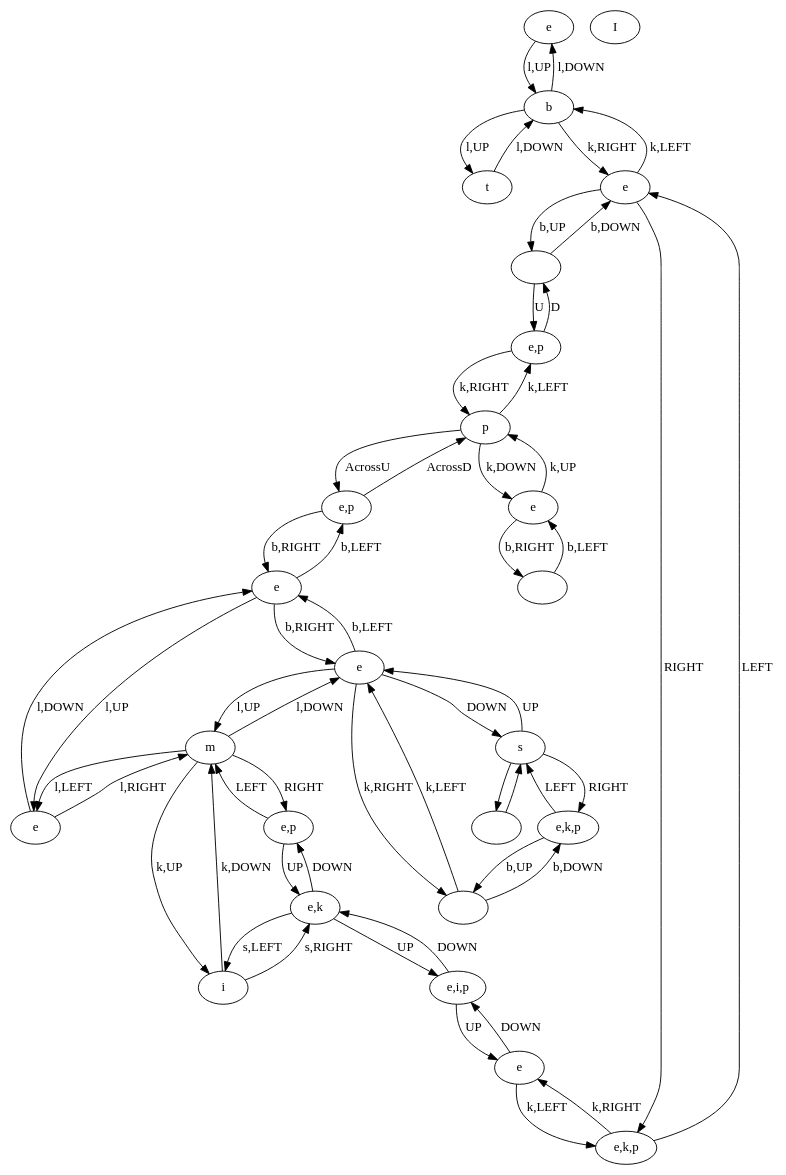
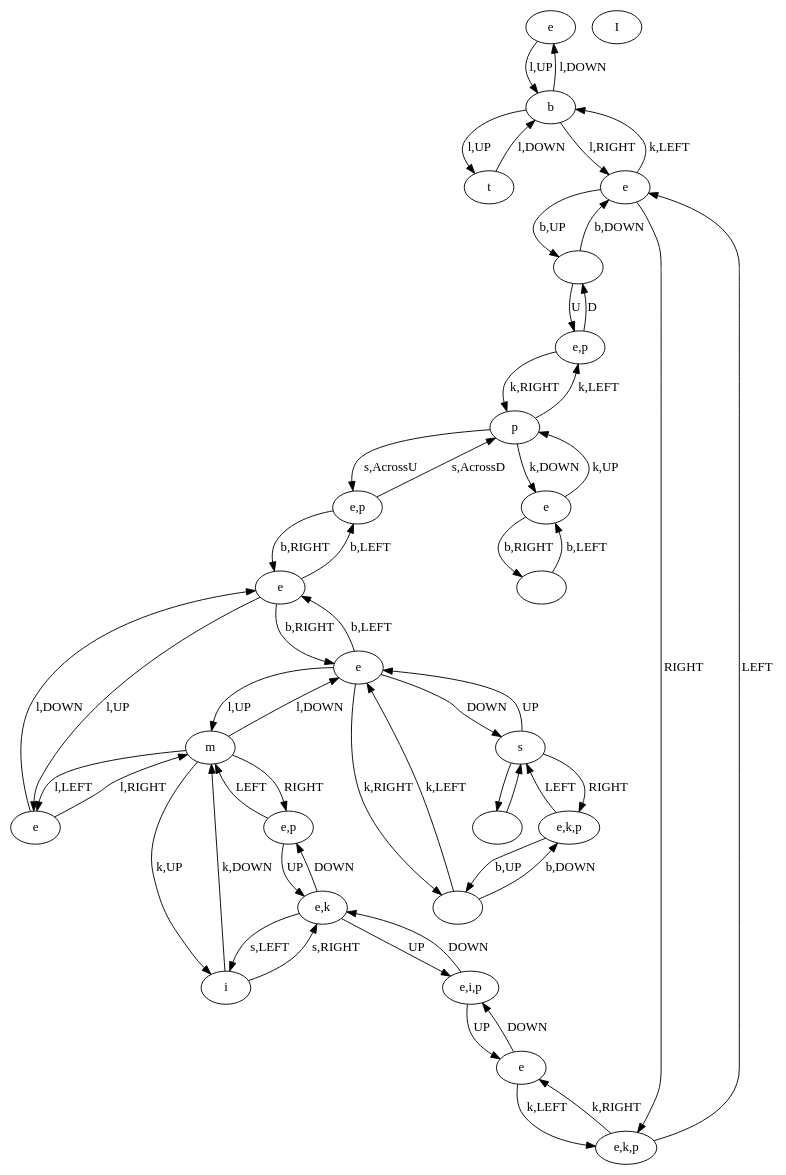
The diagram in data/VGLC/Zelda/Graph Processed/tloz5_1_flip.dot (schrum2/MM-NEAT), drawn with Graphviz before and after one commit. The commit also changed 66 other files, not shown here.

```diff
--- a/data/VGLC/Zelda/Graph Processed/tloz5_1_flip.dot
+++ b/data/VGLC/Zelda/Graph Processed/tloz5_1_flip.dot
@@ -1,81 +1,81 @@
 digraph {
 0 [label="e"]
 1 [label="e,p"]
 2 [label="e,p"]
 3 [label="p"]
 4 [label="t"]
 5 [label=""]
 6 [label="I"]
 7 [label="e,i,p"]
 8 [label=""]
 9 [label="e,k,p"]
 10 [label="s"]
 11 [label=""]
 12 [label="e"]
 13 [label="e"]
 14 [label="e,p"]
 15 [label="m"]
 16 [label="e"]
 17 [label="e,k"]
 18 [label="i"]
 19 [label="e"]
 20 [label="e,k,p"]
 21 [label="e"]
 22 [label="b"]
 23 [label=""]
 24 [label="e"]
 8 -> 10 [label=""]
 10 -> 8 [label=""]
 10 -> 9 [label="RIGHT"]
 9 -> 10 [label="LEFT"]
 10 -> 12 [label="UP"]
 12 -> 10 [label="DOWN"]
 15 -> 1 [label="RIGHT"]
 1 -> 15 [label="LEFT"]
 1 -> 17 [label="UP"]
 17 -> 1 [label="DOWN"]
 17 -> 7 [label="UP"]
 7 -> 17 [label="DOWN"]
 19 -> 7 [label="DOWN"]
 7 -> 19 [label="UP"]
 20 -> 21 [label="LEFT"]
 21 -> 20 [label="RIGHT"]
 9 -> 11 [label="b,UP"]
 11 -> 9 [label="b,DOWN"]
 13 -> 14 [label="b,LEFT"]
 14 -> 13 [label="b,RIGHT"]
 13 -> 12 [label="b,RIGHT"]
 12 -> 13 [label="b,LEFT"]
 21 -> 5 [label="b,UP"]
 5 -> 21 [label="b,DOWN"]
 23 -> 24 [label="b,LEFT"]
 24 -> 23 [label="b,RIGHT"]
 24 -> 3 [label="k,UP"]
 3 -> 24 [label="k,DOWN"]
 21 -> 22 [label="k,LEFT"]
-22 -> 21 [label="k,RIGHT"]
+22 -> 21 [label="l,RIGHT"]
 15 -> 18 [label="k,UP"]
 18 -> 15 [label="k,DOWN"]
 19 -> 20 [label="k,LEFT"]
 20 -> 19 [label="k,RIGHT"]
 3 -> 2 [label="k,LEFT"]
 2 -> 3 [label="k,RIGHT"]
 22 -> 4 [label="l,UP"]
 4 -> 22 [label="l,DOWN"]
 0 -> 22 [label="l,UP"]
 22 -> 0 [label="l,DOWN"]
 12 -> 15 [label="l,UP"]
 15 -> 12 [label="l,DOWN"]
 15 -> 16 [label="l,LEFT"]
 16 -> 15 [label="l,RIGHT"]
 13 -> 16 [label="l,UP"]
 16 -> 13 [label="l,DOWN"]
 12 -> 11 [label="k,RIGHT"]
 11 -> 12 [label="k,LEFT"]
 18 -> 17 [label="s,RIGHT"]
 17 -> 18 [label="s,LEFT"]
-14 -> 3 [label="AcrossD"]
-3 -> 14 [label="AcrossU"]
+14 -> 3 [label="s,AcrossD"]
+3 -> 14 [label="s,AcrossU"]
 2 -> 5 [label="D"]
 5 -> 2 [label="U"]
 }
```
